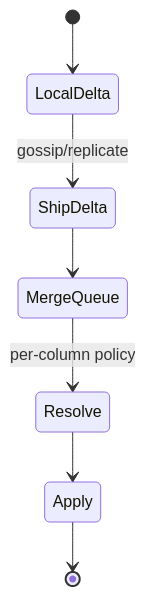
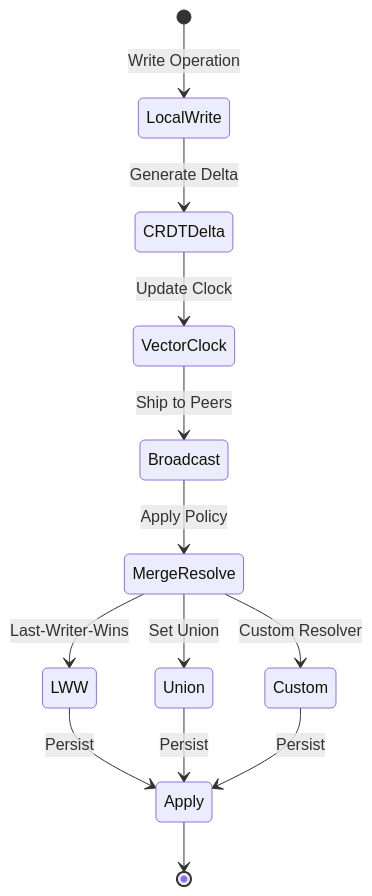
Before and after one commit to hoangsonww/LatticeDB-NextGen-DBMS: the second of 9 diagrams in README.md, drawn with Mermaid. The commit also changed other lines of this file and 82 other files, not shown here.

````diff
--- a/README.md
+++ b/README.md
@@ -251,9 +260,15 @@
 ```mermaid
 stateDiagram-v2
-    [*] --> LocalDelta
-    LocalDelta --> ShipDelta: gossip/replicate
-    ShipDelta --> MergeQueue
-    MergeQueue --> Resolve: per-column policy
-    Resolve --> Apply
+    [*] --> LocalWrite: Write Operation
+    LocalWrite --> CRDTDelta: Generate Delta
+    CRDTDelta --> VectorClock: Update Clock
+    VectorClock --> Broadcast: Ship to Peers
+    Broadcast --> MergeResolve: Apply Policy
+    MergeResolve --> LWW: Last-Writer-Wins
+    MergeResolve --> Union: Set Union
+    MergeResolve --> Custom: Custom Resolver
+    LWW --> Apply: Persist
+    Union --> Apply: Persist
+    Custom --> Apply: Persist
     Apply --> [*]
 ```
````
